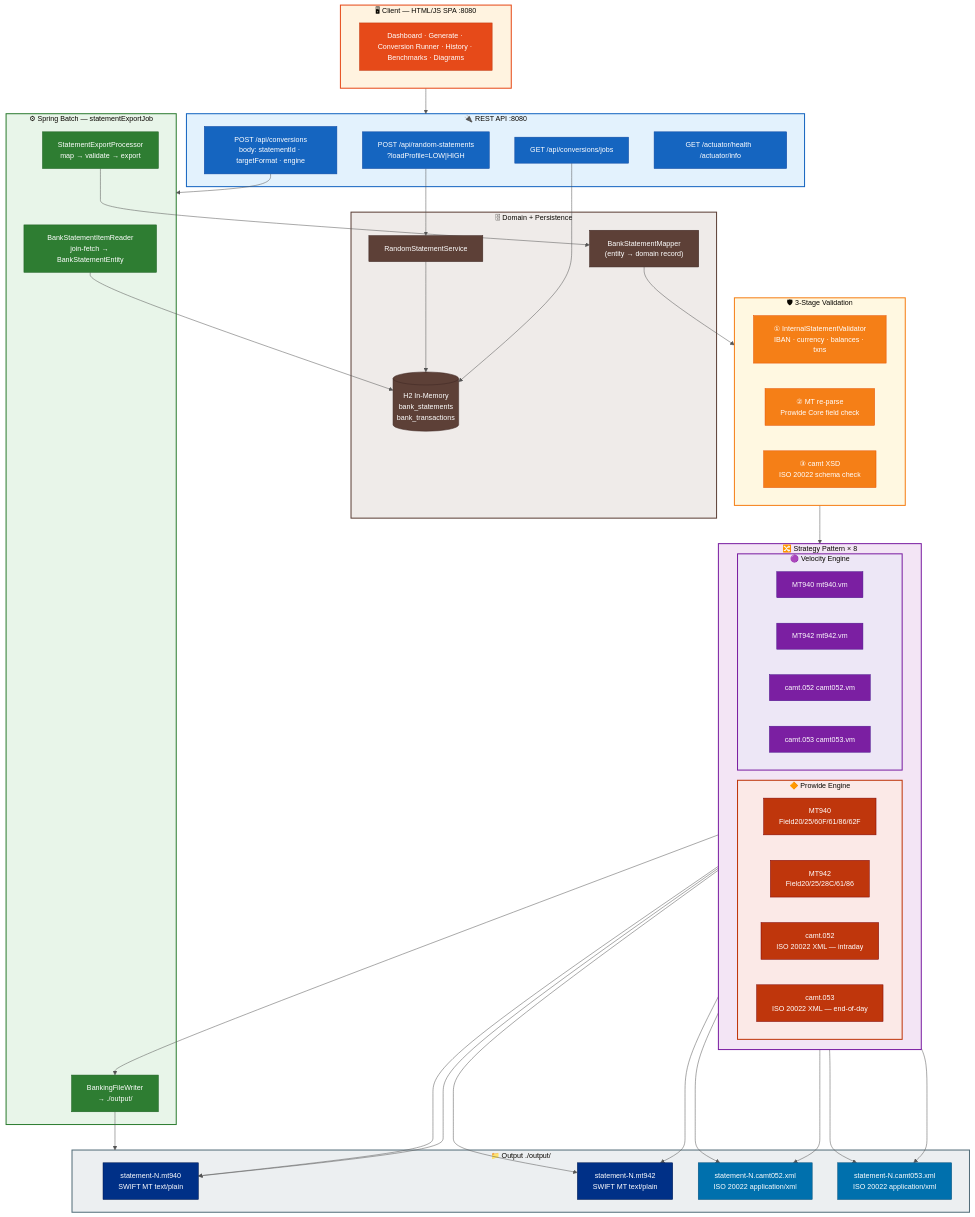
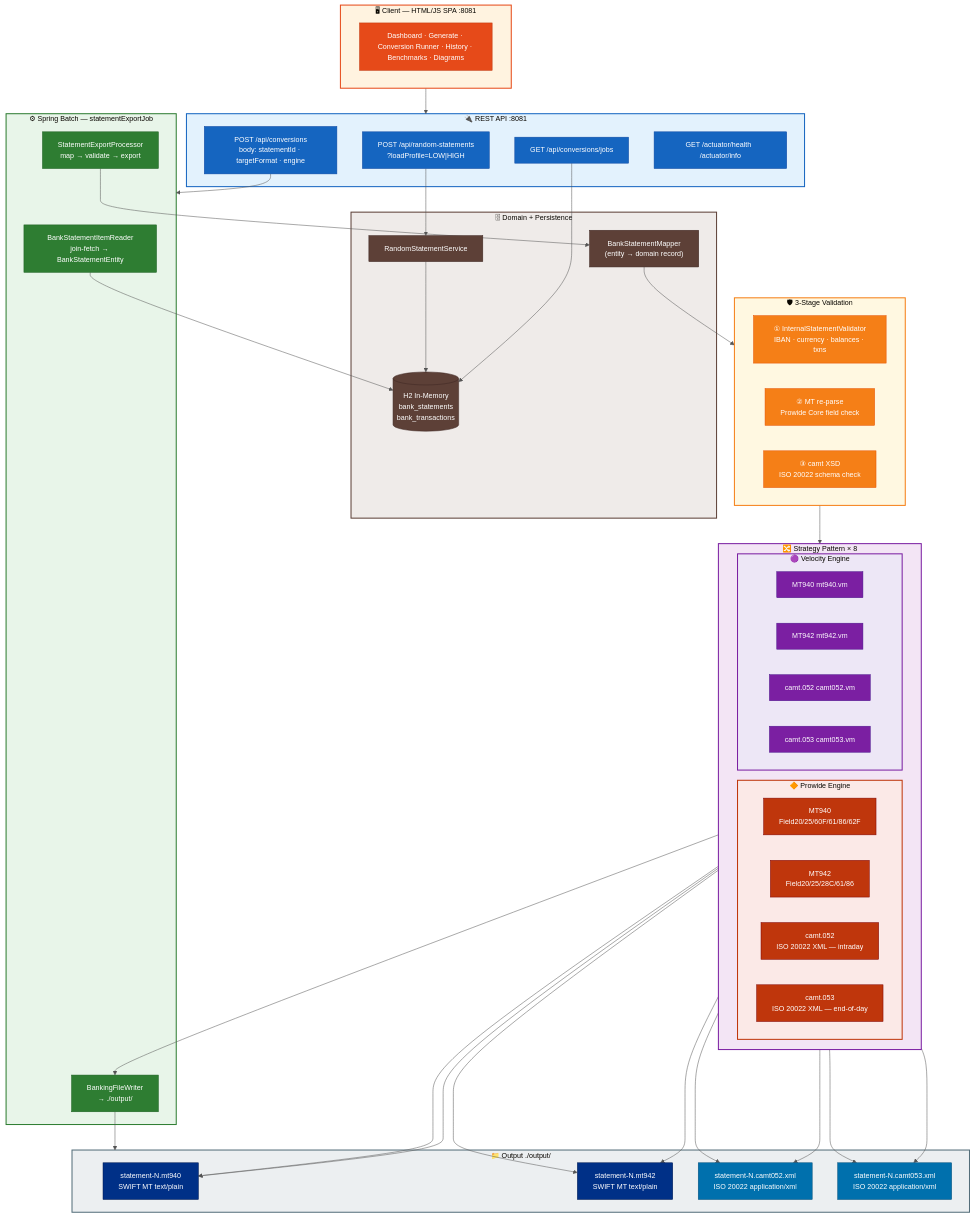
Before and after one commit to wallaceespindola/camt-mt-converters: the first of 2 diagrams in README.md, drawn with Mermaid. The commit also changed other lines of this file and 11 other files, not shown here.

````diff
--- a/README.md
+++ b/README.md
@@ -71,11 +71,11 @@
 ```mermaid
 %%{init: {'theme': 'base', 'themeVariables': {'lineColor': '#555555', 'fontSize': '14px'}}}%%
 graph TB
-    subgraph CLIENT["🖥  Client — HTML/JS SPA  :8080"]
+    subgraph CLIENT["🖥  Client — HTML/JS SPA  :8081"]
         UI["Dashboard · Generate · Conversion Runner · History · Benchmarks · Diagrams"]
     end
 
-    subgraph REST["🔌  REST API  :8080"]
+    subgraph REST["🔌  REST API  :8081"]
         RSC["POST /api/random-statements\n?loadProfile=LOW|HIGH"]
         CVC["POST /api/conversions\nbody: statementId · targetFormat · engine"]
         JHC["GET /api/conversions/jobs"]
````
